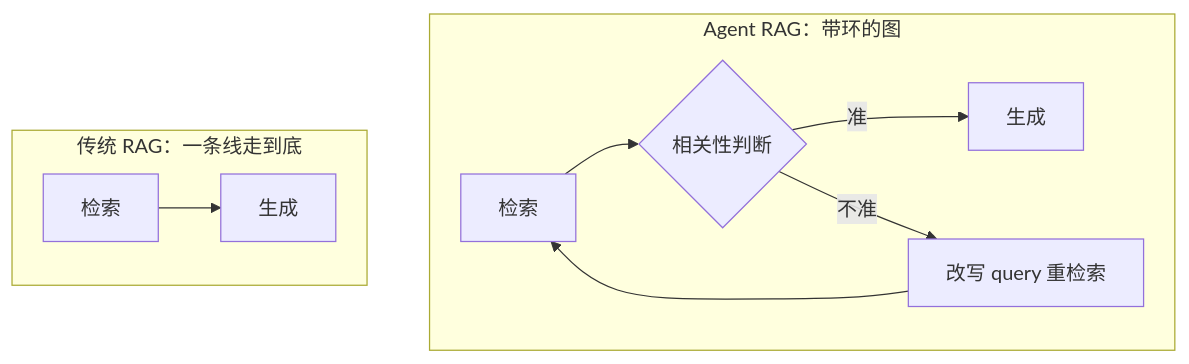
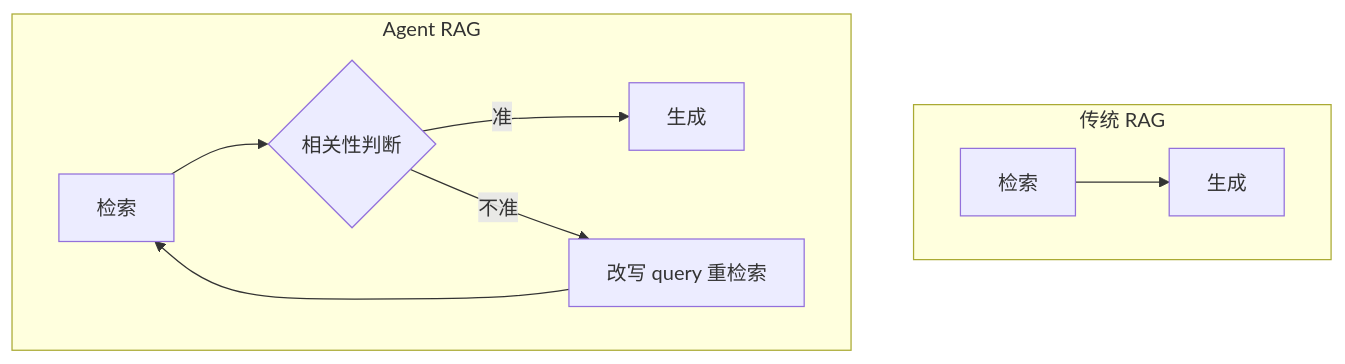
One commit to wanghesong2019/langgraph-in-action changed the first of 5 diagrams in 01-state-graph/README.md. Above: the diagram before and after it, drawn with Mermaid. The commit also changed other lines of this file and 1 other file, not shown here.

Commit message:
fix: mermaid 兼容掘金（flowchart→graph、去掉 ~~~/<br/>/圈号）

````diff
--- a/01-state-graph/README.md
+++ b/01-state-graph/README.md
@@ -24,13 +24,12 @@
 ```mermaid
-flowchart LR
-    subgraph trad[传统 RAG：一条线走到底]
+graph TD
+    subgraph trad[传统 RAG]
         A[检索] --> B[生成]
     end
-    subgraph agent[Agent RAG：带环的图]
+    subgraph agent[Agent RAG]
         C[检索] --> D{相关性判断}
         D -->|准| E[生成]
         D -->|不准| F[改写 query 重检索]
         F --> C
     end
-    B ~~~ C
 ```
````
